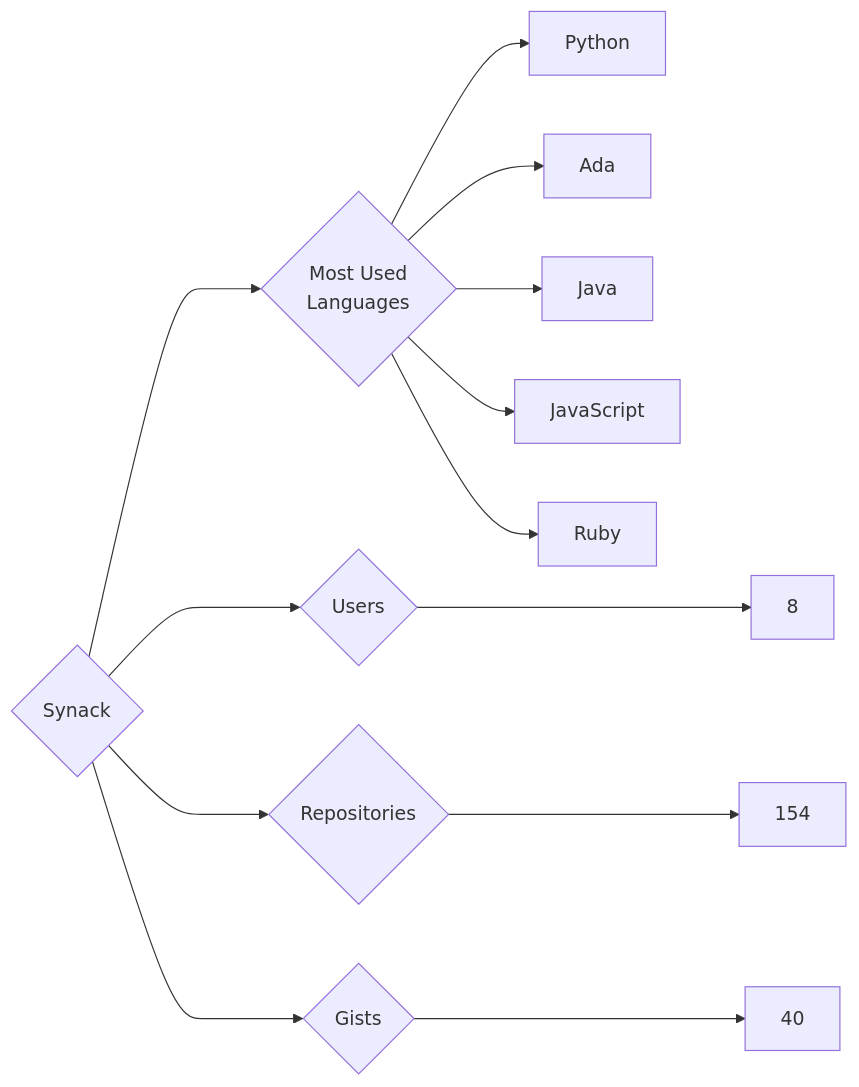
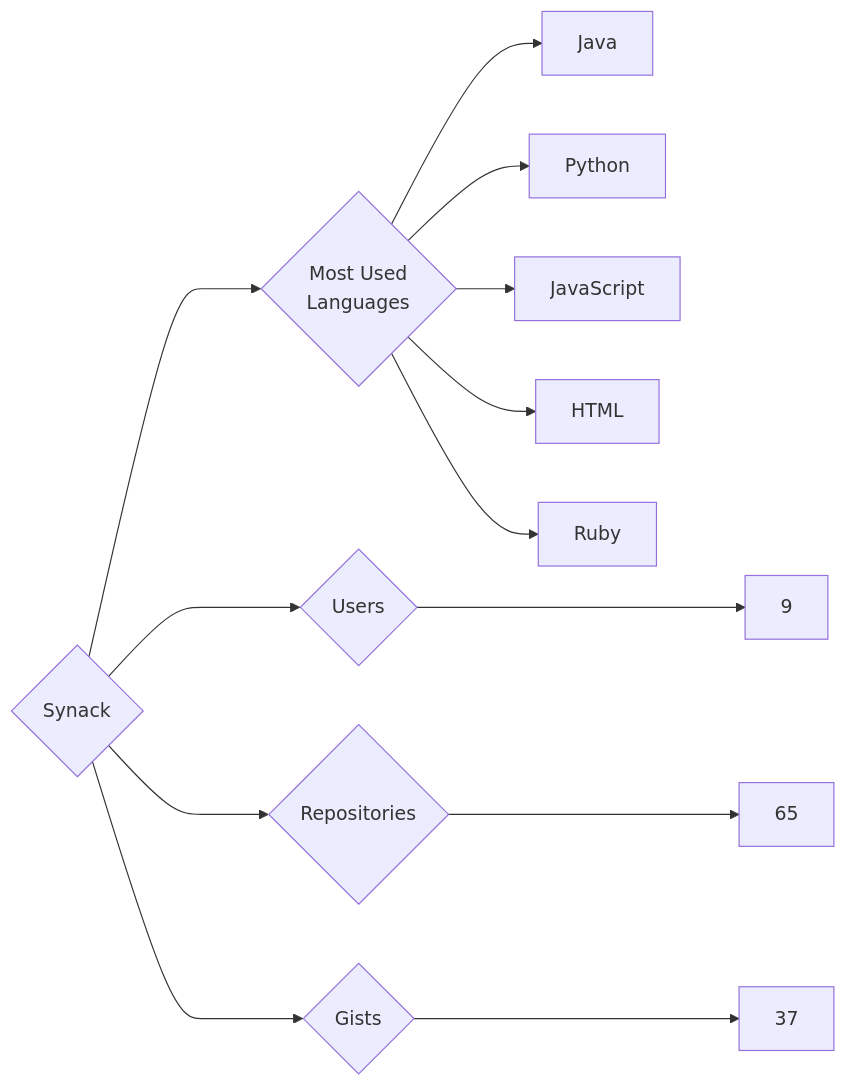
The diagram in targets/Synack/README.md (trickest/insiders), drawn with Mermaid before and after one commit. The commit also changed 1508 other files, not shown here.

````diff
--- a/targets/Synack/README.md
+++ b/targets/Synack/README.md
@@ -3,13 +3,13 @@
 ```mermaid
 graph LR
 COMPANY_NAME{Synack}
-COMPANY_NAME ---> U{Users} ---> UN[8]
-COMPANY_NAME ---> R{Repositories} ---> RN[154]
-COMPANY_NAME ---> G{Gists} ---> GN[40]
+COMPANY_NAME ---> U{Users} ---> UN[9]
+COMPANY_NAME ---> R{Repositories} ---> RN[65]
+COMPANY_NAME ---> G{Gists} ---> GN[37]
 COMPANY_NAME ---> ML{Most Used<br>Languages}
+ML --> Java[Java]
 ML --> Python[Python]
-ML --> Ada[Ada]
-ML --> Java[Java]
 ML --> JavaScript[JavaScript]
+ML --> HTML[HTML]
 ML --> Ruby[Ruby]
 ```
````
